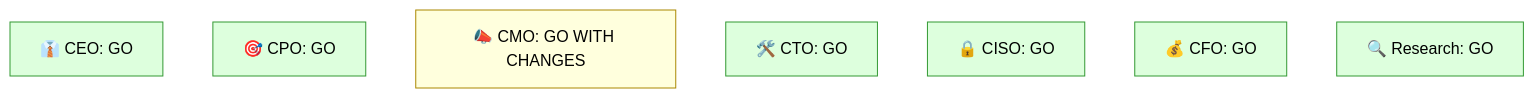
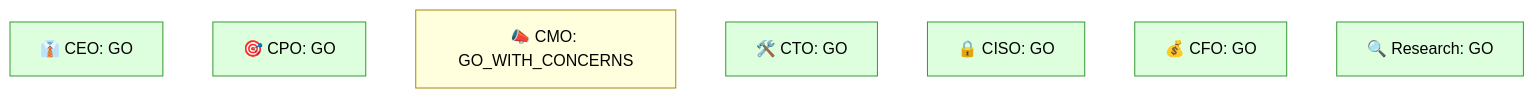
Before and after one commit to LabLaunchPad/Wingman: the second of 2 diagrams in plugins/wingman/references/visual-output-templates.md, drawn with Mermaid (forest theme). The commit also changed 3 other files, not shown here.

````diff
--- a/plugins/wingman/references/visual-output-templates.md
+++ b/plugins/wingman/references/visual-output-templates.md
@@ -78,13 +78,13 @@
 ```mermaid
 flowchart TD
     classDef go fill:#dfd,stroke:#393
     classDef changes fill:#ffd,stroke:#a80
     classDef noGo fill:#fdd,stroke:#a33
     CEO["👔 CEO: GO"]:::go
     CPO["🎯 CPO: GO"]:::go
-    CMO["📣 CMO: GO WITH CHANGES"]:::changes
+    CMO["📣 CMO: GO_WITH_CONCERNS"]:::changes
     CTO["🛠️ CTO: GO"]:::go
     CISO["🔒 CISO: GO"]:::go
     CFO["💰 CFO: GO"]:::go
     RESEARCH["🔍 Research: GO"]:::go
 ```
````
